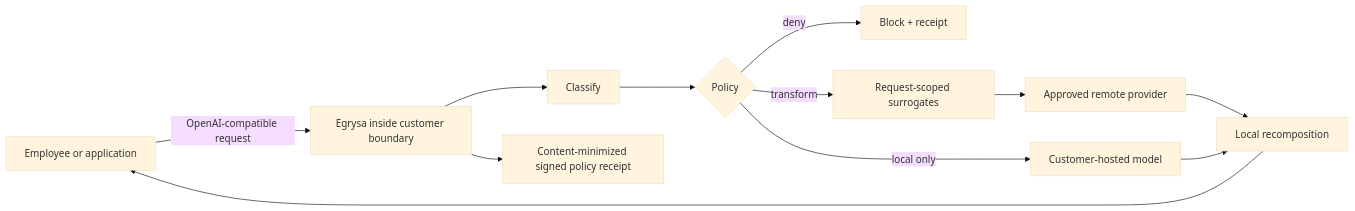
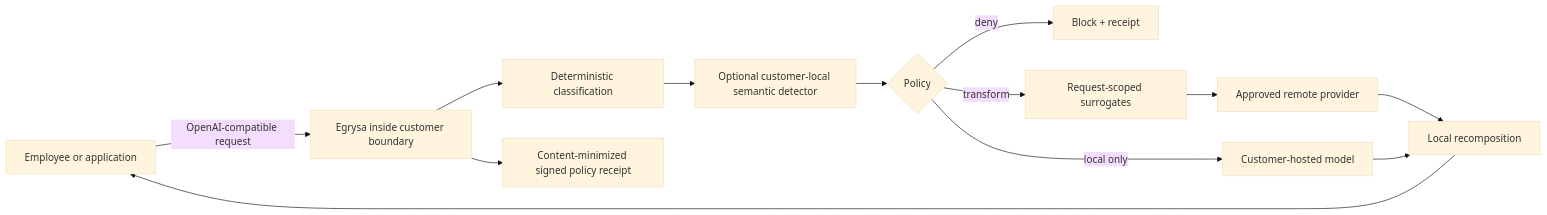
The diagram in README.md (sundeep229211/egrysa), drawn with Mermaid (base theme) before and after one commit. The commit also changed other lines of this file and 37 other files, not shown here.

Commit message:
feat: add reference local semantic detector (#8)

````diff
--- a/README.md
+++ b/README.md
@@ -13,14 +13,15 @@
 ```mermaid
 flowchart LR
     U["Employee or application"] -->|"OpenAI-compatible request"| A["Egrysa inside customer boundary"]
-    A --> C["Classify"]
-    C --> P{"Policy"}
+    A --> C["Deterministic classification"]
+    C --> M["Optional customer-local semantic detector"]
+    M --> P{"Policy"}
     P -->|"deny"| D["Block + receipt"]
     P -->|"local only"| L["Customer-hosted model"]
     P -->|"transform"| S["Request-scoped surrogates"]
     S --> R["Approved remote provider"]
     R --> X["Local recomposition"]
     L --> X
     X --> U
     A --> Q["Content-minimized signed policy receipt"]
 ```
````
